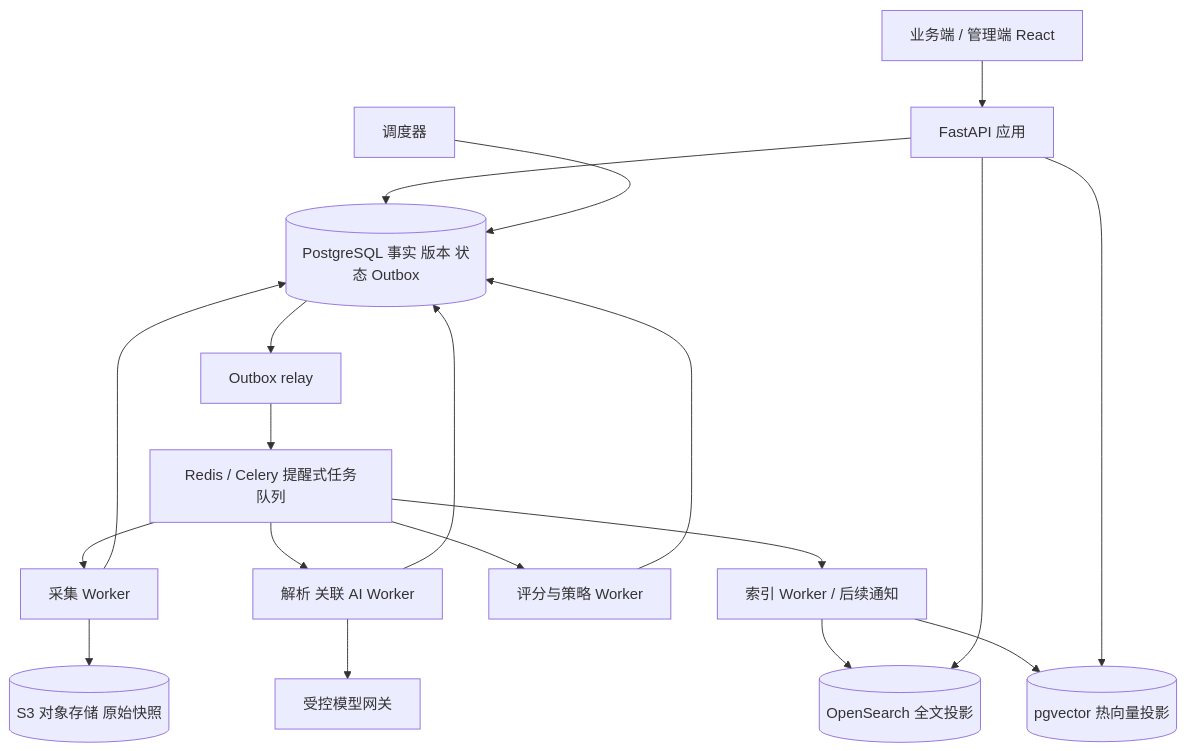
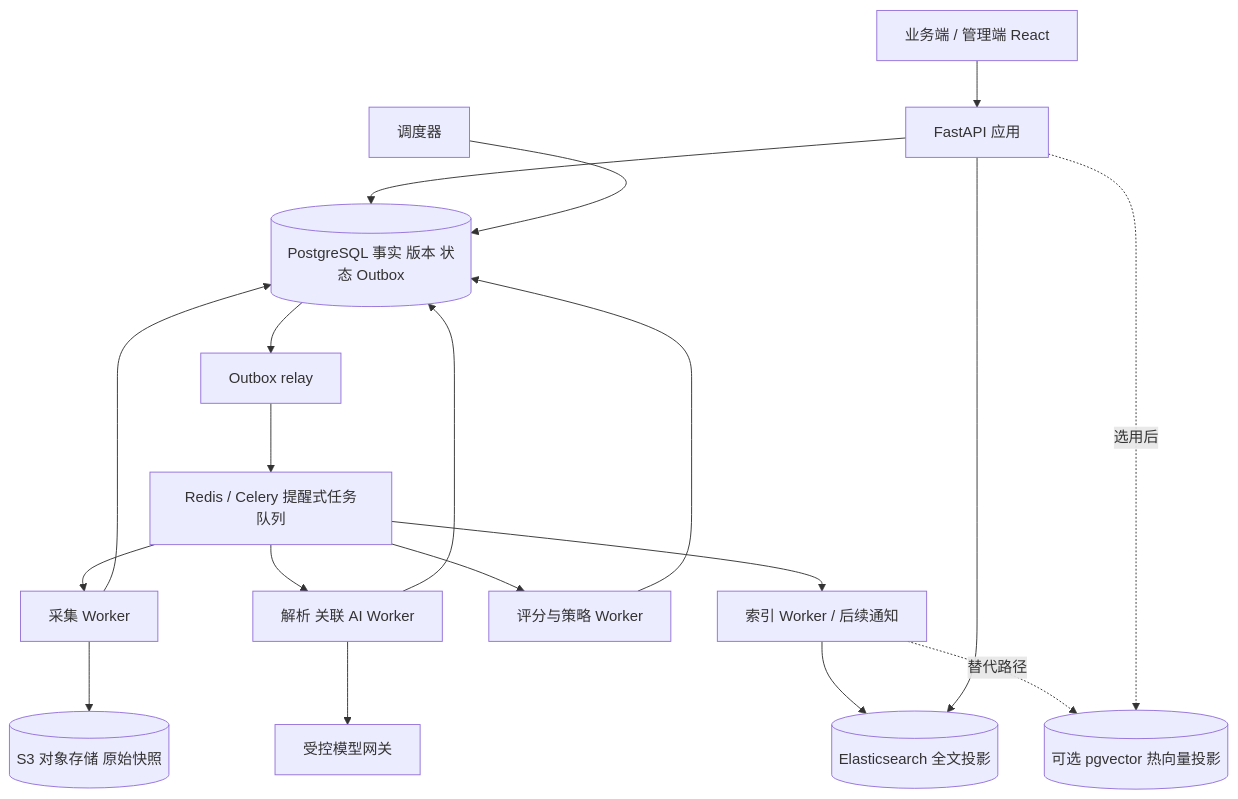
One commit to wildbyteai/value-investment-platform changed the diagram in docs/03-architecture.md. Above: the diagram before and after it, drawn with Mermaid. The commit also changed other lines of this file and 85 other files, not shown here.

````diff
--- a/docs/03-architecture.md
+++ b/docs/03-architecture.md
@@ -7,21 +7,21 @@
 ```mermaid
 flowchart TB
   U[业务端 / 管理端 React] --> API[FastAPI 应用]
   API --> PG[(PostgreSQL 事实 版本 状态 Outbox)]
   SCH[调度器] --> PG
   PG --> RELAY[Outbox relay]
   RELAY --> Q[Redis / Celery 提醒式任务队列]
   Q --> CW[采集 Worker]
   Q --> AW[解析 关联 AI Worker]
   Q --> SW[评分与策略 Worker]
   Q --> IW[索引 Worker / 后续通知]
   CW --> OBJ[(S3 对象存储 原始快照)]
   CW --> PG
   AW --> PG
   AW --> MG[受控模型网关]
   SW --> PG
-  IW --> OS[(OpenSearch 全文投影)]
-  IW --> V[(pgvector 热向量投影)]
+  IW --> OS[(Elasticsearch 全文投影)]
+  IW -. 替代路径 .-> V[(可选 pgvector 热向量投影)]
   API --> OS
-  API --> V
+  API -. 选用后 .-> V
 ```
````
